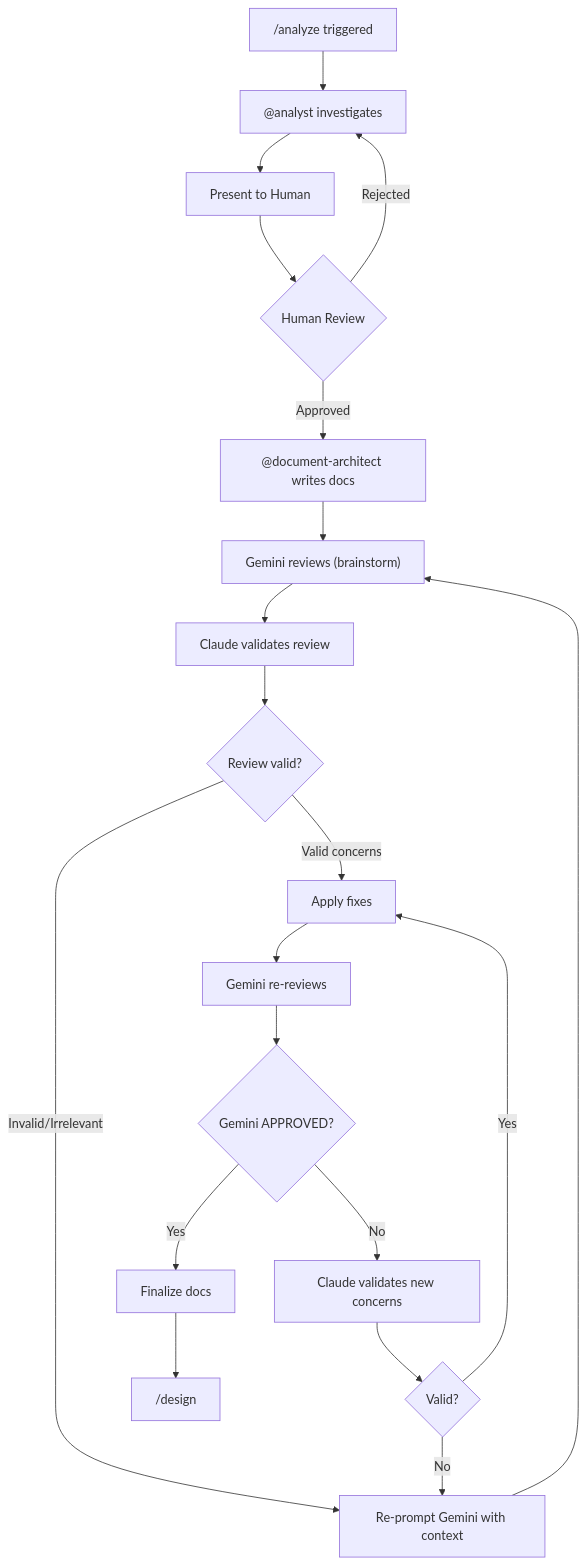
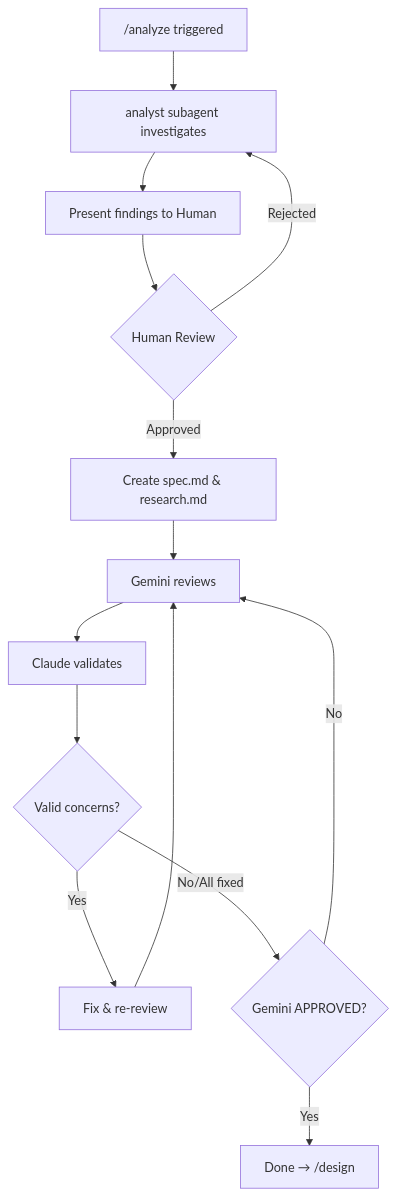
The diagram in commands/analyze.md (ksterx/claude-code-configs), drawn with Mermaid before and after one commit. The commit also changed other lines of this file and 8 other files, not shown here.

````diff
--- a/commands/analyze.md
+++ b/commands/analyze.md
@@ -5,22 +17,16 @@
 ```mermaid
 graph TD
-    A["/analyze triggered"] --> B["@analyst investigates"]
-    B --> C["Present to Human"]
+    A["/analyze triggered"] --> B["analyst subagent investigates"]
+    B --> C["Present findings to Human"]
     C --> D{Human Review}
     D -->|Rejected| B
-    D -->|Approved| E["@document-architect writes docs"]
-    E --> F["Gemini reviews (brainstorm)"]
-    F --> G["Claude validates review"]
-    G --> H{Review valid?}
-    H -->|Invalid/Irrelevant| I["Re-prompt Gemini with context"]
+    D -->|Approved| E["Create spec.md & research.md"]
+    E --> F["Gemini reviews"]
+    F --> G["Claude validates"]
+    G --> H{Valid concerns?}
+    H -->|Yes| I["Fix & re-review"]
     I --> F
-    H -->|Valid concerns| J["Apply fixes"]
-    J --> K["Gemini re-reviews"]
-    K --> L{Gemini APPROVED?}
-    L -->|No| M["Claude validates new concerns"]
-    M --> N{Valid?}
-    N -->|Yes| J
-    N -->|No| I
-    L -->|Yes| O["Finalize docs"]
-    O --> P["/design"]
+    H -->|No/All fixed| J{Gemini APPROVED?}
+    J -->|No| F
+    J -->|Yes| K["Done → /design"]
 ```
````
